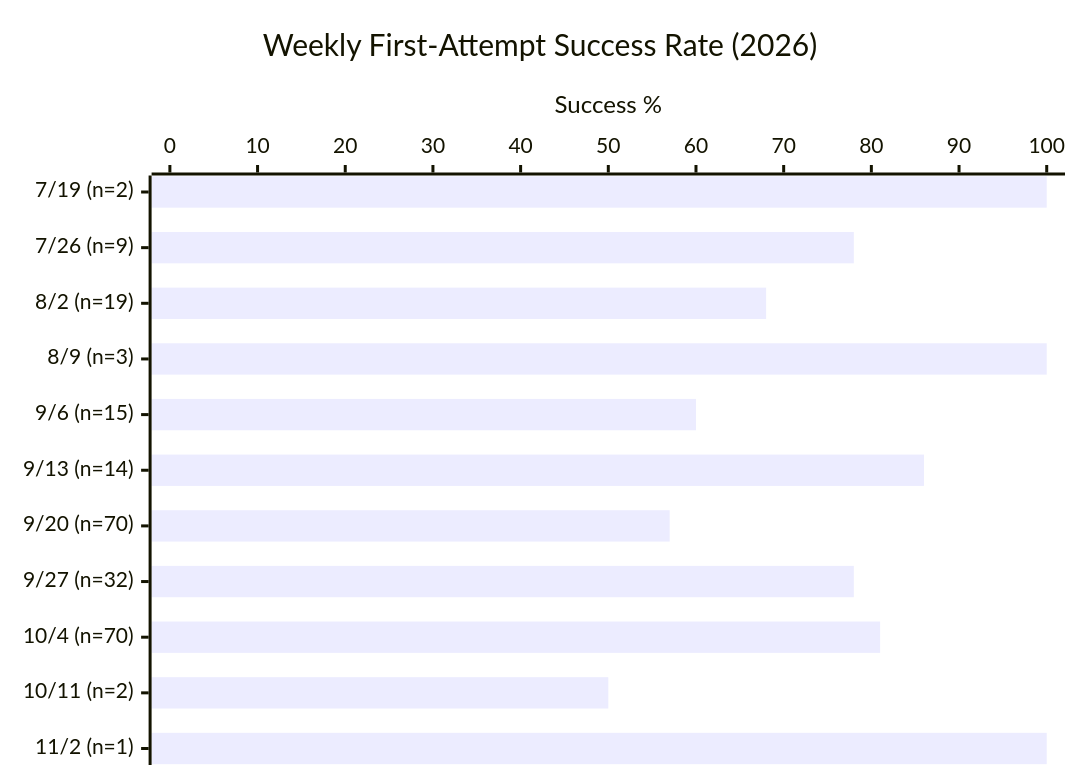
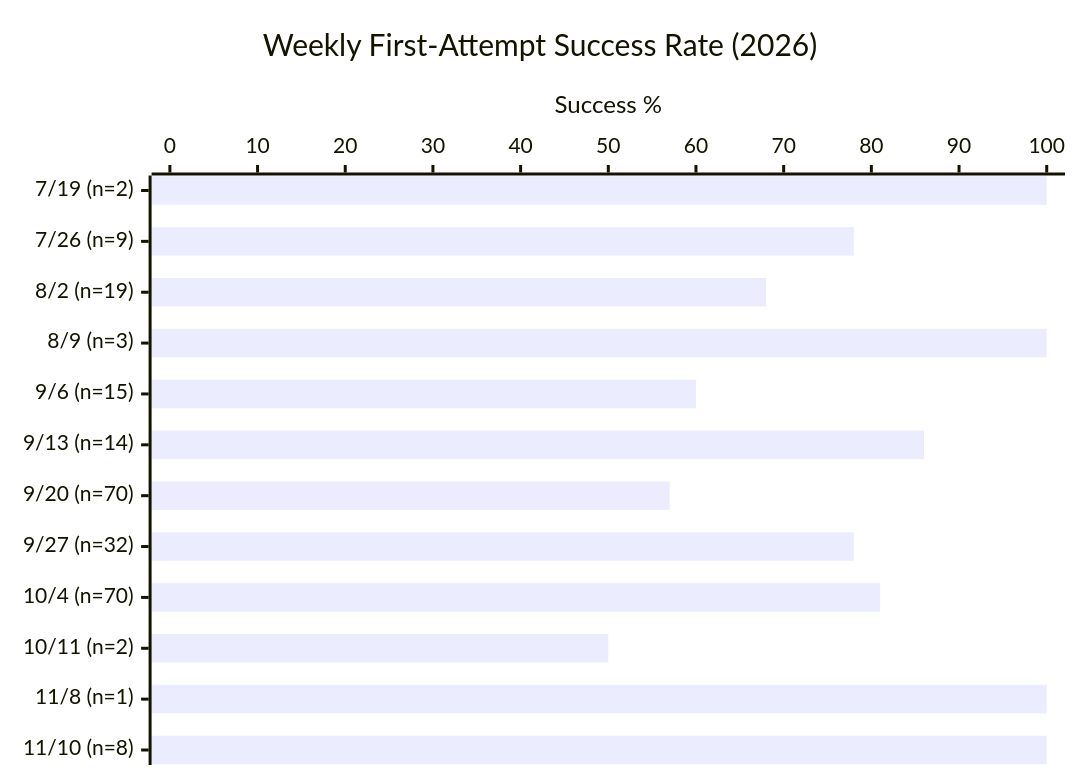
The first of 3 diagrams in EVAL.md (Sanctum-Origo-Systems/autoloop), drawn with Mermaid before and after one commit. The commit also changed other lines of this file and 1 other file, not shown here.

````diff
--- a/EVAL.md
+++ b/EVAL.md
@@ -17,7 +17,7 @@
 ```mermaid
 xychart-beta horizontal
     title "Weekly First-Attempt Success Rate (2026)"
-    x-axis ["7/19 (n=2)", "7/26 (n=9)", "8/2 (n=19)", "8/9 (n=3)", "9/6 (n=15)", "9/13 (n=14)", "9/20 (n=70)", "9/27 (n=32)", "10/4 (n=70)", "10/11 (n=2)", "11/2 (n=1)"]
+    x-axis ["7/19 (n=2)", "7/26 (n=9)", "8/2 (n=19)", "8/9 (n=3)", "9/6 (n=15)", "9/13 (n=14)", "9/20 (n=70)", "9/27 (n=32)", "10/4 (n=70)", "10/11 (n=2)", "11/8 (n=1)", "11/10 (n=8)"]
     y-axis "Success %" 0 --> 100
-    bar [100, 78, 68, 100, 60, 86, 57, 78, 81, 50, 100]
+    bar [100, 78, 68, 100, 60, 86, 57, 78, 81, 50, 100, 100]
 ```
````
